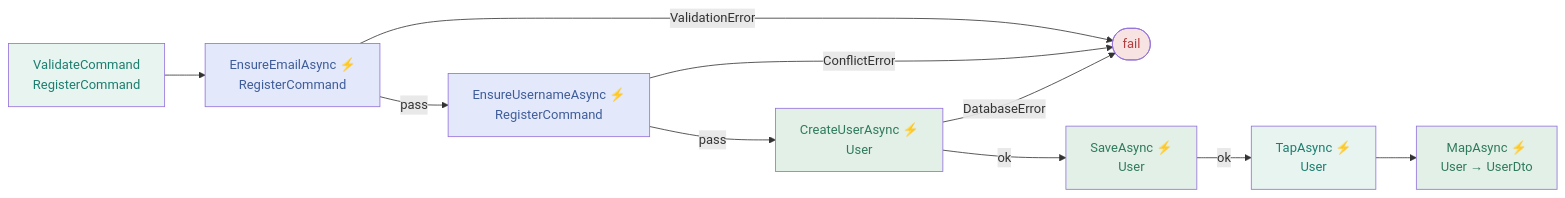
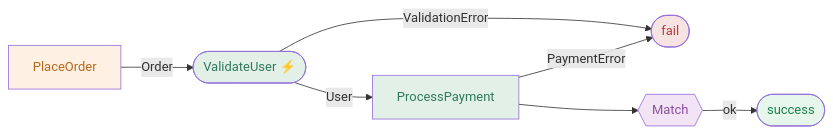
The second of 7 diagrams in README.md (reslava/nuget-package-reslava-result), drawn with Mermaid before and after one commit. The commit also changed other lines of this file and 50 other files, not shown here.

First line of the commit message:
feat: v1.45.0 — Domain Boundary Diagrams (_LayerView, _Stats, _ErrorSurface, _ErrorPropagation)

````diff
--- a/README.md
+++ b/README.md
@@ -29,24 +69,23 @@
 ```mermaid
 flowchart LR
-    N0_ValidateCommand["ValidateCommand<br/>RegisterCommand"]:::operation
-    N0_ValidateCommand --> N1_EnsureEmailAsync
-    N1_EnsureEmailAsync["EnsureEmailAsync ⚡<br/>RegisterCommand"]:::gatekeeper
-    N1_EnsureEmailAsync -->|pass| N2_EnsureUsernameAsync
-    N1_EnsureEmailAsync -->|ValidationError| FAIL
-    N2_EnsureUsernameAsync["EnsureUsernameAsync ⚡<br/>RegisterCommand"]:::gatekeeper
-    N2_EnsureUsernameAsync -->|pass| N3_CreateUserAsync
-    N2_EnsureUsernameAsync -->|ConflictError| FAIL
-    N3_CreateUserAsync["CreateUserAsync ⚡<br/>User"]:::transform
-    N3_CreateUserAsync -->|ok| N4_SaveAsync
-    N3_CreateUserAsync -->|DatabaseError| FAIL
-    N4_SaveAsync["SaveAsync ⚡<br/>User"]:::transform
-    N4_SaveAsync -->|ok| N5_TapAsync
-    N5_TapAsync["TapAsync ⚡<br/>User"]:::operation
-    N5_TapAsync --> N6_MapAsync
-    N6_MapAsync["MapAsync ⚡<br/>User → UserDto"]:::transform
-    FAIL([fail]):::failure
-    classDef gatekeeper fill:#e3e9fa,color:#3f5c9a
-    classDef transform fill:#e3f0e8,color:#2f7a5c
-    classDef failure fill:#f8e3e3,color:#b13e3e
-    classDef operation fill:#e8f4f0,color:#1c7e6f
+  N0_PlaceOrder["PlaceOrder"]:::operation
+  N1_ValidateUser(["ValidateUser ⚡"]):::transform
+  N2_ProcessPayment["ProcessPayment"]:::transform
+  N3_Match{{"Match"}}:::terminal
+
+  N0_PlaceOrder -->|"Order"| N1_ValidateUser
+  N1_ValidateUser -->|"ValidationError"| FAIL
+  N1_ValidateUser -->|"User"| N2_ProcessPayment
+  N2_ProcessPayment -->|"PaymentError"| FAIL
+  N2_ProcessPayment --> N3_Match
+  N3_Match -->|ok| SUCCESS
+
+  FAIL([fail]):::failure
+  SUCCESS([success]):::success
+
+  classDef operation fill:#fef0e3,color:#b86a1c
+  classDef transform fill:#e3f0e8,color:#2f7a5c
+  classDef terminal  fill:#f2e3f5,color:#8a4f9e
+  classDef failure   fill:#f8e3e3,color:#b13e3e
+  classDef success   fill:#e6f6ea,color:#1c7e4f
 ```
````
